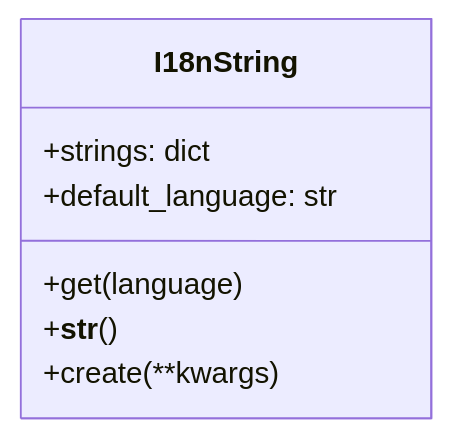
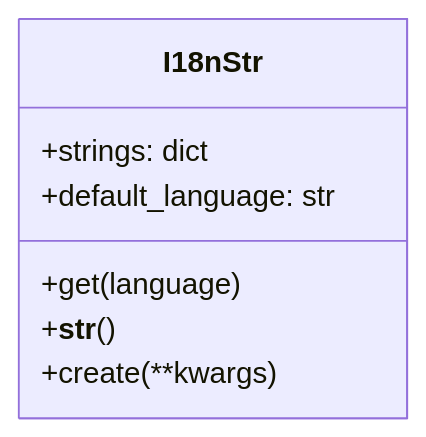
One commit to StrayDragon/flask-x-openapi-schema changed the second of 5 diagrams in docs/internationalization.md. Above: the diagram before and after it, drawn with Mermaid. The commit also changed other lines of this file and 18 other files, not shown here.

````diff
--- a/docs/internationalization.md
+++ b/docs/internationalization.md
@@ -30,10 +27,10 @@
 ```mermaid
 classDiagram
-    class I18nString {
+    class I18nStr {
         +strings: dict
         +default_language: str
         +get(language)
         +__str__()
         +create(**kwargs)
     }
 ```
````
